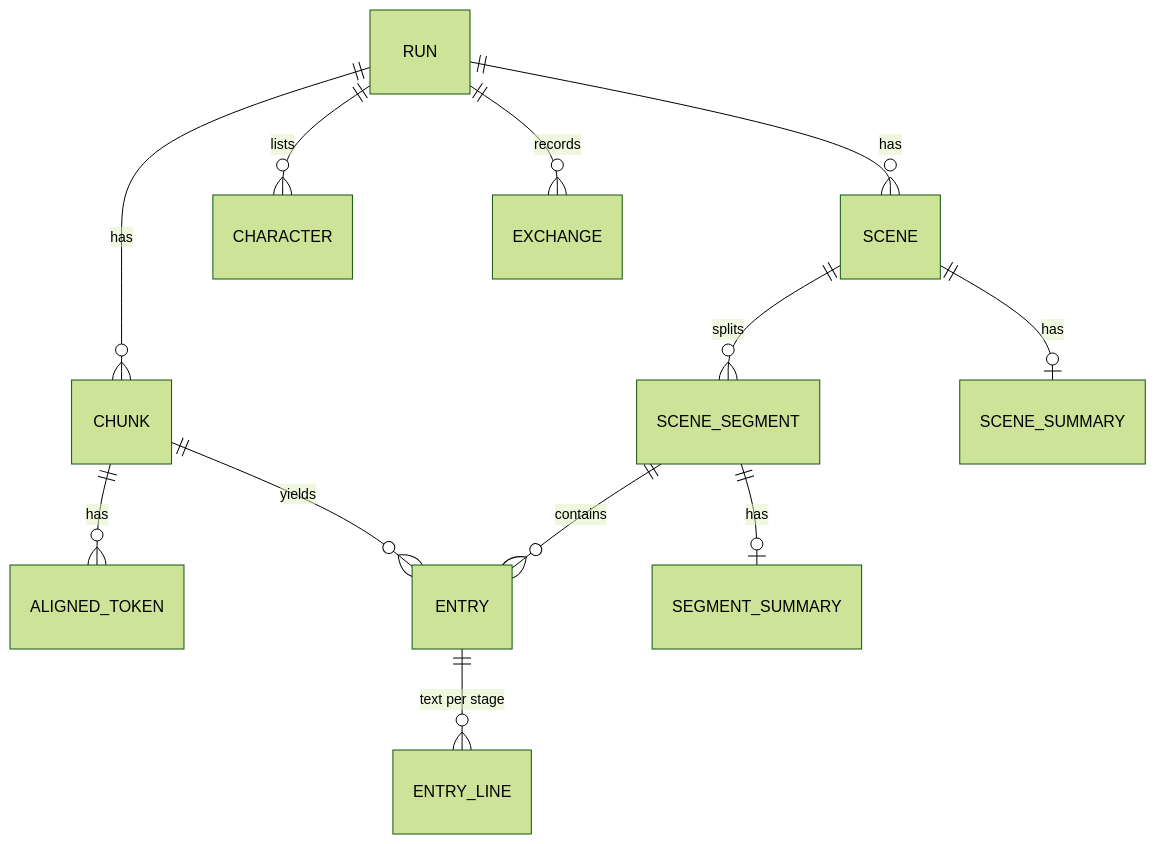
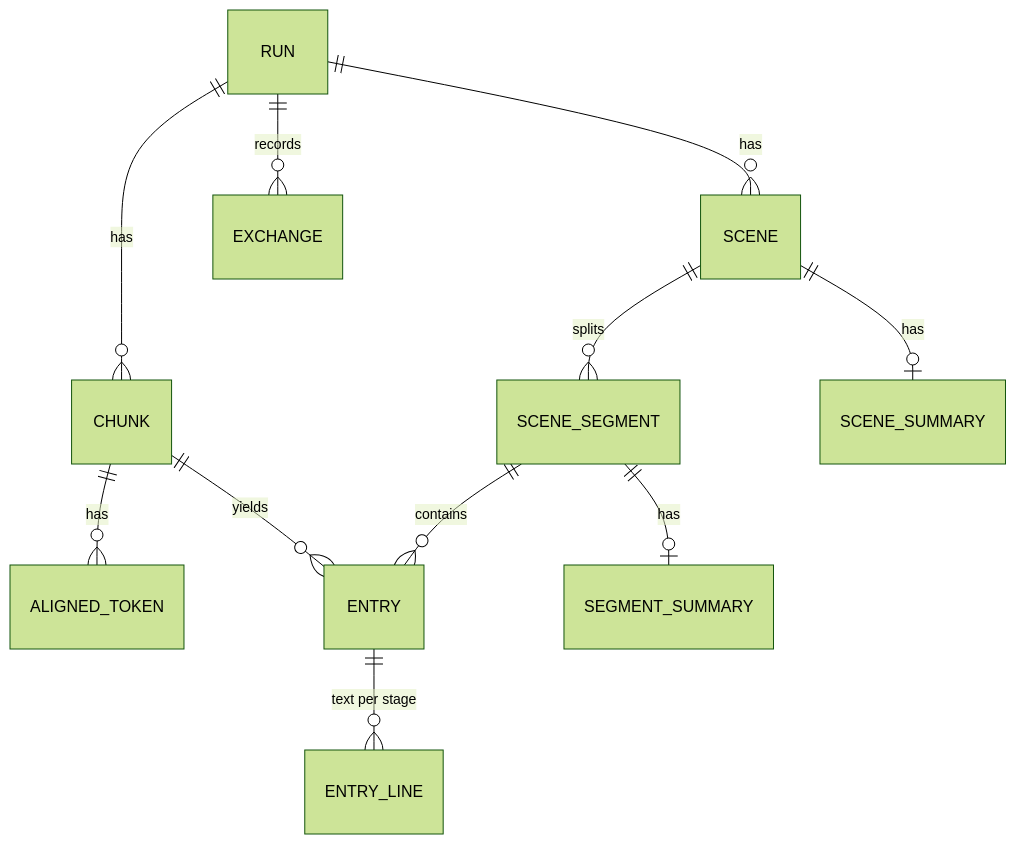
One commit to lanyitin/runline changed the diagram in docs/stable/transcribe-scenes/06-data-model.md. Above: the diagram before and after it, drawn with Mermaid (forest theme). The commit also changed other lines of this file and 14 other files, not shown here.

````diff
--- a/docs/stable/transcribe-scenes/06-data-model.md
+++ b/docs/stable/transcribe-scenes/06-data-model.md
@@ -28,14 +29,13 @@
 ```mermaid
 erDiagram
   RUN ||--o{ CHUNK : has
   CHUNK ||--o{ ALIGNED_TOKEN : has
   CHUNK ||--o{ ENTRY : yields
   ENTRY ||--o{ ENTRY_LINE : "text per stage"
   RUN ||--o{ SCENE : has
   SCENE ||--o{ SCENE_SEGMENT : splits
   SCENE_SEGMENT ||--o{ ENTRY : contains
   SCENE_SEGMENT ||--o| SEGMENT_SUMMARY : has
   SCENE ||--o| SCENE_SUMMARY : has
-  RUN ||--o{ CHARACTER : lists
   RUN ||--o{ EXCHANGE : records
 ```
````
